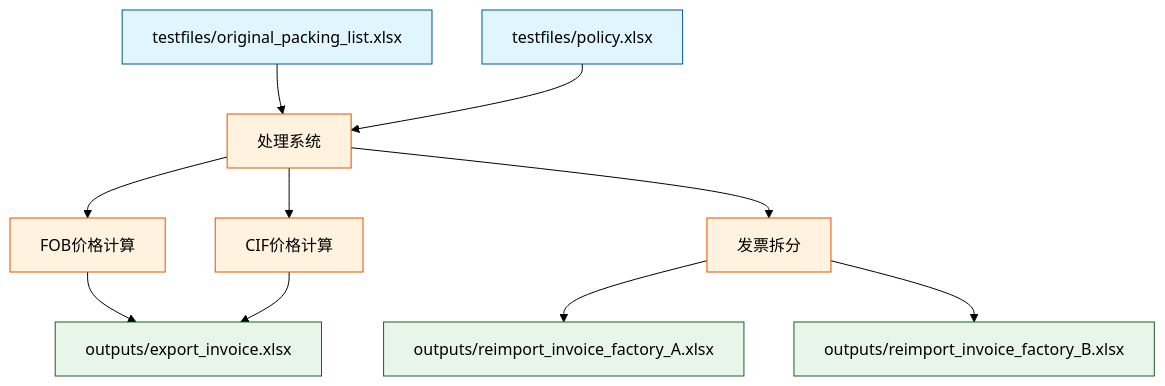
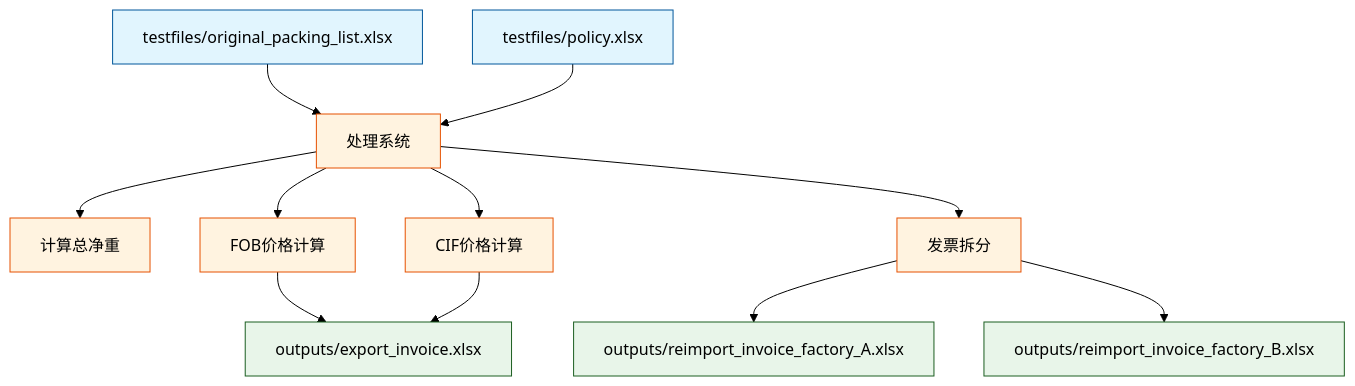
One commit to anlaganlag/export_reimport changed the seventh of 7 diagrams in WORKFLOW-CN.md. Above: the diagram before and after it, drawn with Mermaid (forest theme). The commit also changed other lines of this file and 8 other files, not shown here.

````diff
--- a/WORKFLOW-CN.md
+++ b/WORKFLOW-CN.md
@@ -203,26 +205,27 @@
 ```mermaid
 graph TD
     %% 输入文件
     PL[testfiles/original_packing_list.xlsx] --> Process[处理系统]
     PF[testfiles/policy.xlsx] --> Process
     
     %% 处理步骤
+    Process --> CalcNW[计算总净重]
     Process --> FOB[FOB价格计算]
     Process --> CIF[CIF价格计算]
     Process --> Split[发票拆分]
     
     %% 输出文件
     FOB --> Export[outputs/export_invoice.xlsx]
     CIF --> Export
     Split --> Reimport1[outputs/reimport_invoice_factory_A.xlsx]
     Split --> Reimport2[outputs/reimport_invoice_factory_B.xlsx]
     
     %% 样式
     classDef input fill:#e1f5fe,stroke:#01579b
     classDef process fill:#fff3e0,stroke:#e65100
     classDef output fill:#e8f5e9,stroke:#1b5e20
     
     class PL,PF input
-    class Process,FOB,CIF,Split process
+    class Process,CalcNW,FOB,CIF,Split process
     class Export,Reimport1,Reimport2,ReimportN output
 ```
````
